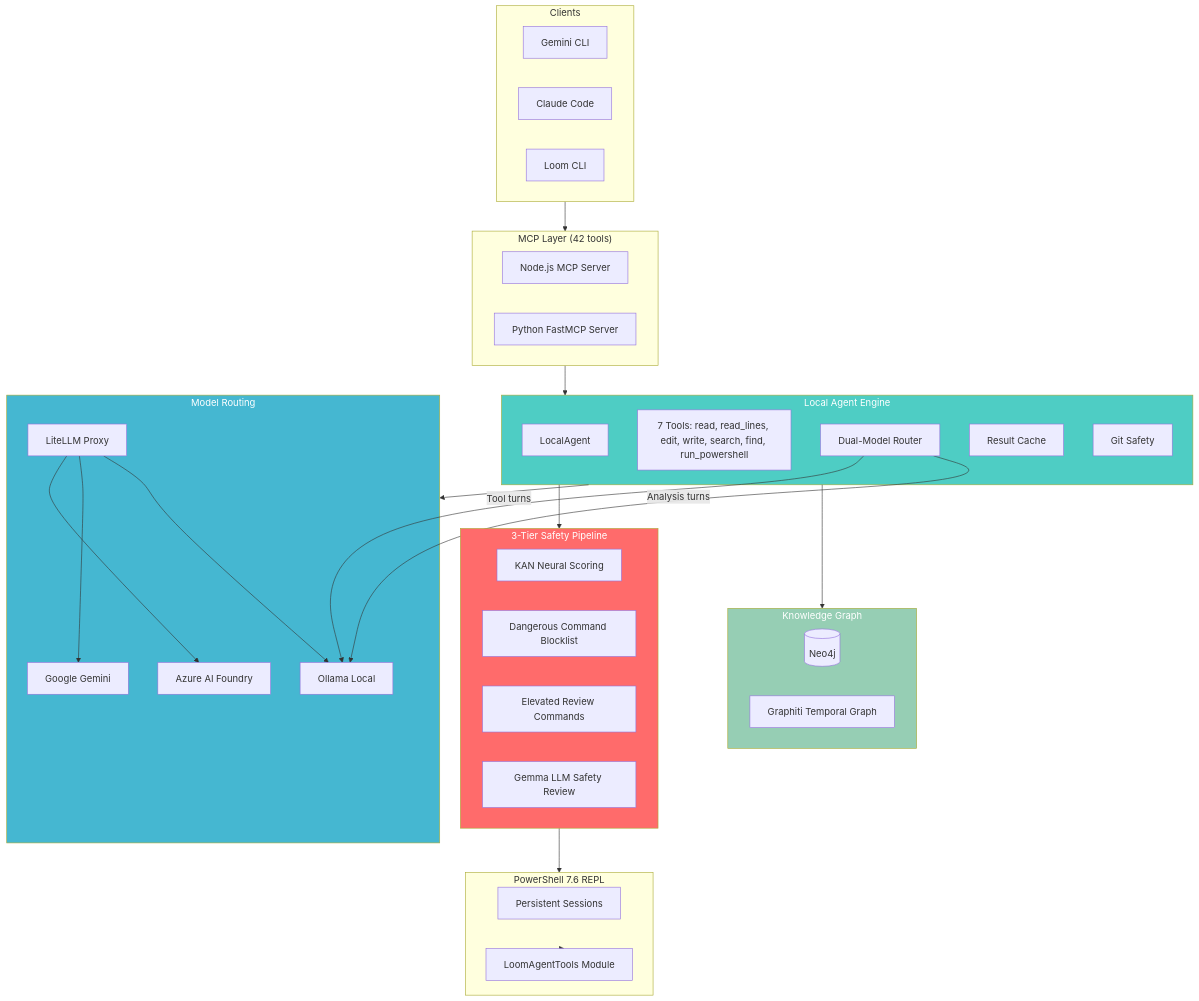
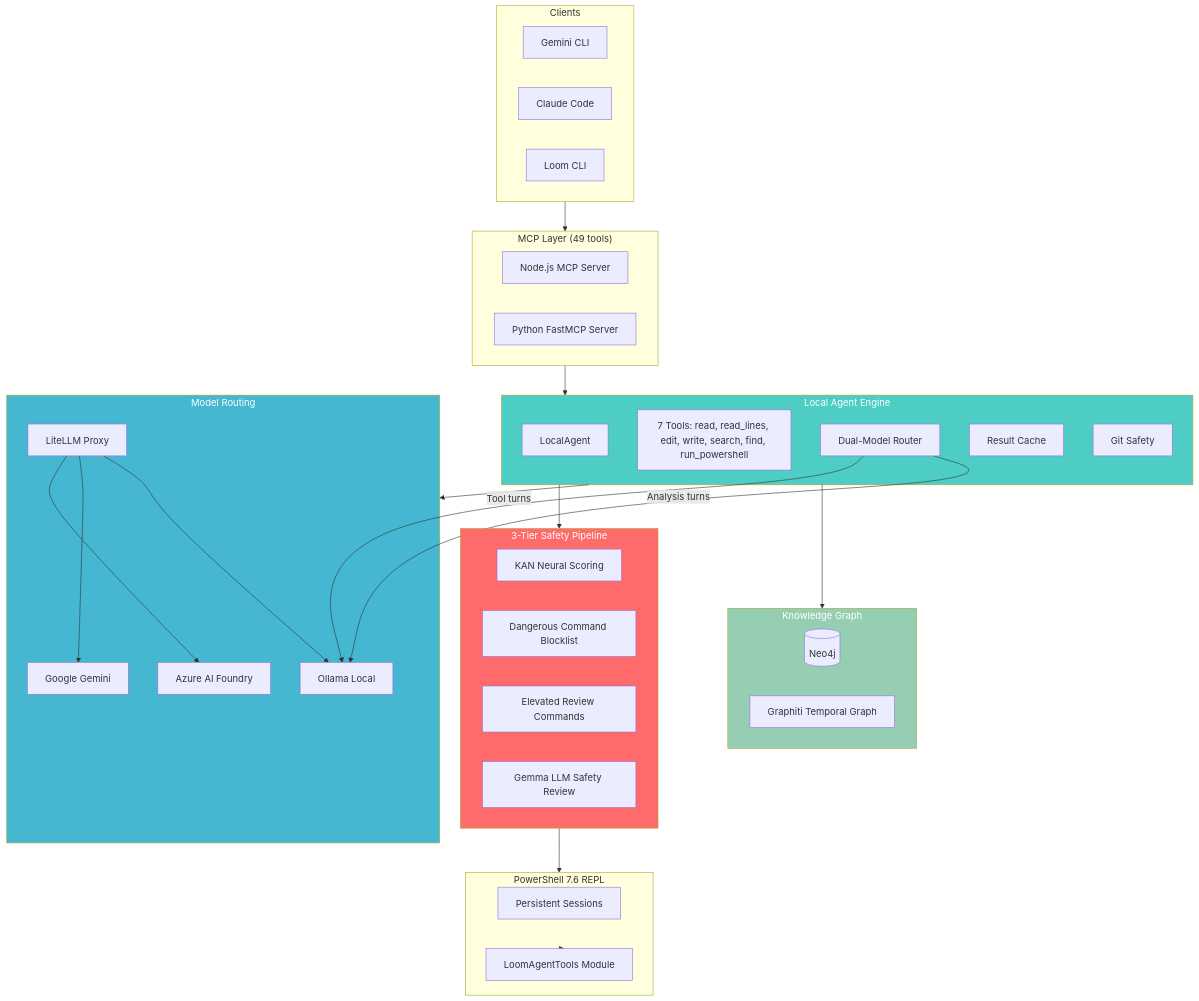
One commit to Nickalus12/Loom changed the diagram in README.md. Above: the diagram before and after it, drawn with Mermaid. The commit also changed other lines of this file, not shown here.

Commit message:
docs: Update README for V6 — DAF trait system, Nia/Context7 grounding, 684 tests, 49 MCP tools

````diff
--- a/README.md
+++ b/README.md
@@ -143,63 +145,63 @@
 ```mermaid
 flowchart TB
     subgraph Clients["Clients"]
         GC[Gemini CLI]
         CC[Claude Code]
         CLI[Loom CLI]
     end
 
-    subgraph MCP["MCP Layer (42 tools)"]
+    subgraph MCP["MCP Layer (49 tools)"]
         NodeMCP[Node.js MCP Server]
         PyMCP[Python FastMCP Server]
     end
 
     subgraph Agent["Local Agent Engine"]
         LA[LocalAgent]
         Tools["7 Tools: read, read_lines, edit, write, search, find, run_powershell"]
         DM[Dual-Model Router]
         Cache[Result Cache]
         Git[Git Safety]
     end
 
     subgraph Safety["3-Tier Safety Pipeline"]
         KAN[KAN Neural Scoring]
         BL[Dangerous Command Blocklist]
         ER[Elevated Review Commands]
         Gemma[Gemma LLM Safety Review]
     end
 
     subgraph Models["Model Routing"]
         Azure[Azure AI Foundry]
         Gemini[Google Gemini]
         Ollama[Ollama Local]
         LiteLLM[LiteLLM Proxy]
     end
 
     subgraph Memory["Knowledge Graph"]
         Neo4j[(Neo4j)]
         Graphiti[Graphiti Temporal Graph]
     end
 
     subgraph PS["PowerShell 7.6 REPL"]
         REPL[Persistent Sessions]
         PSMod[LoomAgentTools Module]
     end
 
     Clients --> MCP
     MCP --> Agent
     Agent --> Safety
     Safety --> PS
     Agent --> Models
     DM --> |"Tool turns"| Ollama
     DM --> |"Analysis turns"| Ollama
     LiteLLM --> Azure
     LiteLLM --> Gemini
     LiteLLM --> Ollama
     Agent --> Memory
     PS --> PSMod
 
     style Safety fill:#ff6b6b,color:#fff
     style Agent fill:#4ecdc4,color:#fff
     style Models fill:#45b7d1,color:#fff
     style Memory fill:#96ceb4,color:#fff
 ```
````
